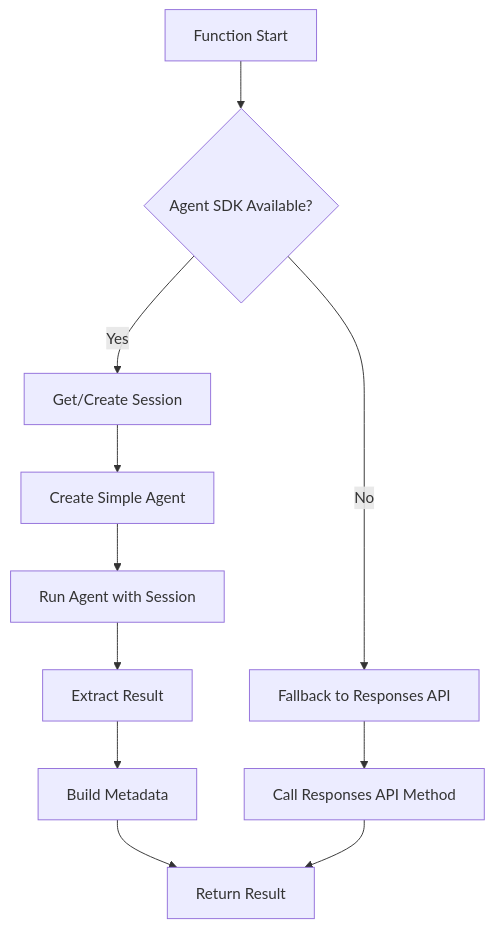
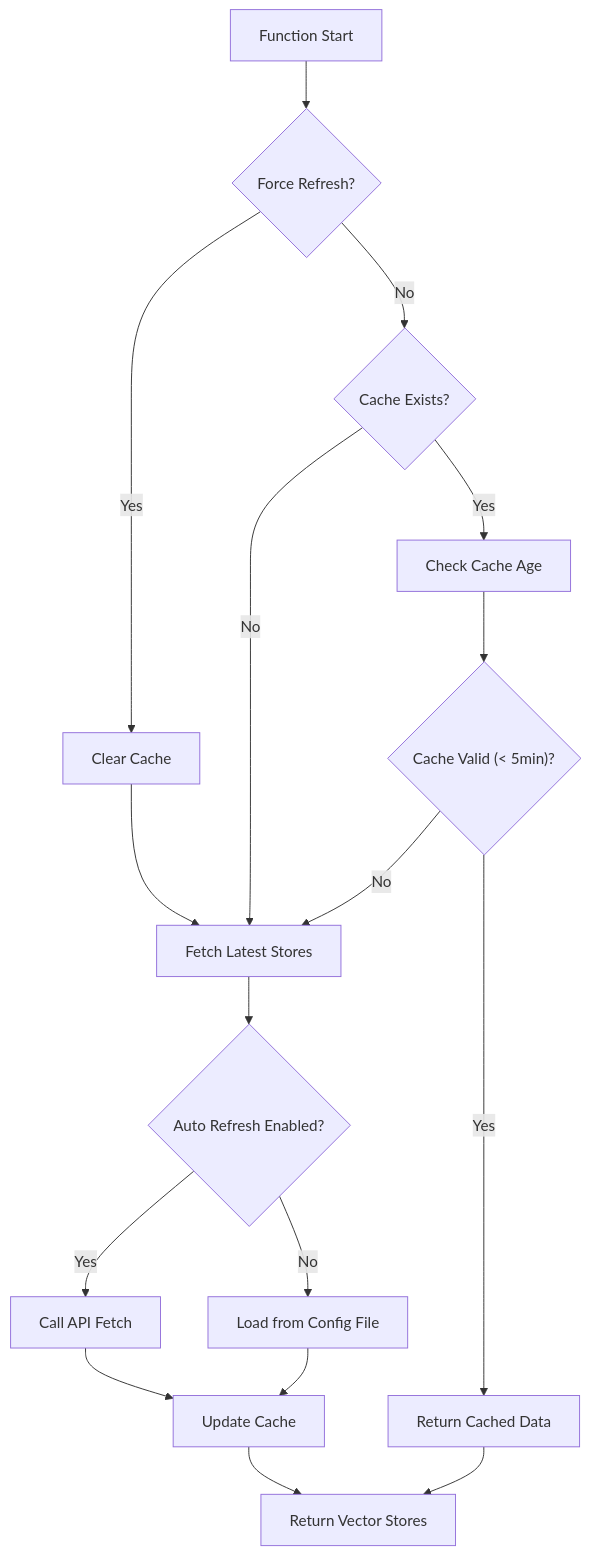
The seventh of 15 diagrams in doc/a30_30_rag_search.md (nakashima2toshio/openai_rag_app), drawn with Mermaid before and after one commit. The commit also changed other lines of this file, not shown here.

````diff
--- a/doc/a30_30_rag_search.md
+++ b/doc/a30_30_rag_search.md
@@ -304,14 +359,19 @@
 ```mermaid
 graph TD
-    A["Function Start"] --> B{"Agent SDK Available?"}
-    B -->|No| C["Fallback to Responses API"]
-    B -->|Yes| D["Get/Create Session"]
-    D --> E["Create Simple Agent"]
-    E --> F["Run Agent with Session"]
-    F --> G["Extract Result"]
-    G --> H["Build Metadata"]
-    H --> I["Return Result"]
-  
-    C --> J["Call Responses API Method"]
-    J --> I
+    A["Function Start"] --> B{"Force Refresh?"}
+    B -->|Yes| C["Clear Cache"]
+    B -->|No| D{"Cache Exists?"}
+    C --> E["Fetch Latest Stores"]
+    D -->|No| E
+    D -->|Yes| F["Check Cache Age"]
+    F --> G{"Cache Valid (< 5min)?"}
+    G -->|Yes| H["Return Cached Data"]
+    G -->|No| E
+    E --> I{"Auto Refresh Enabled?"}
+    I -->|Yes| J["Call API Fetch"]
+    I -->|No| K["Load from Config File"]
+    J --> L["Update Cache"]
+    K --> L
+    L --> M["Return Vector Stores"]
+    H --> M
 ```
````
